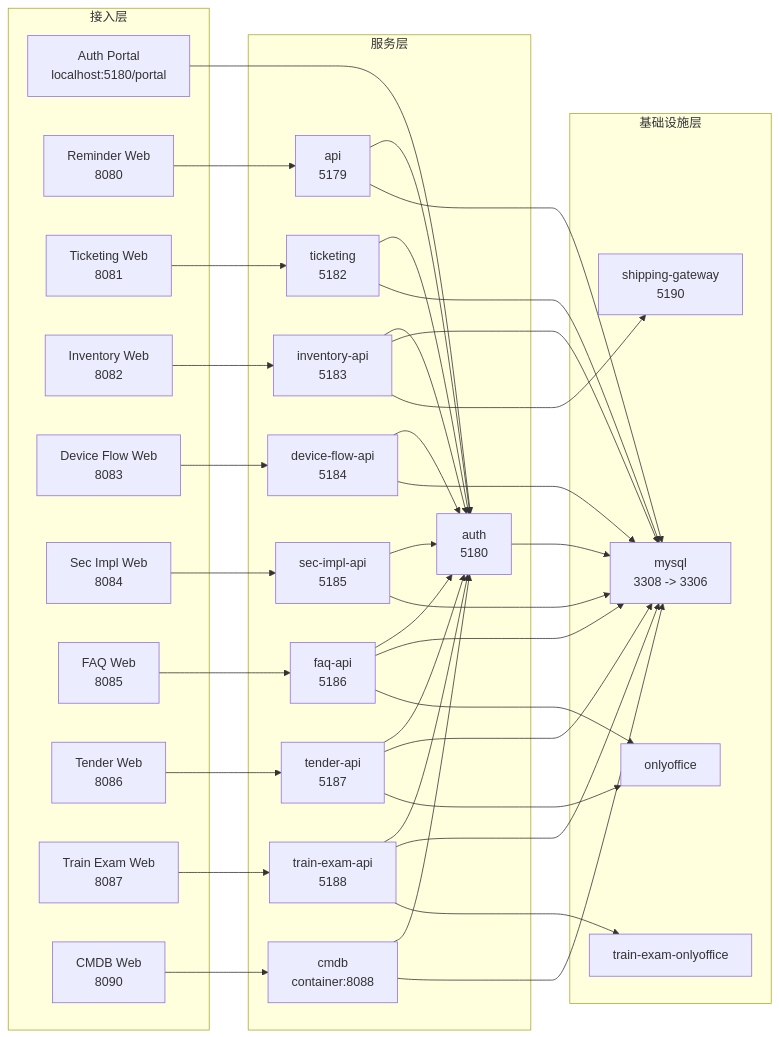
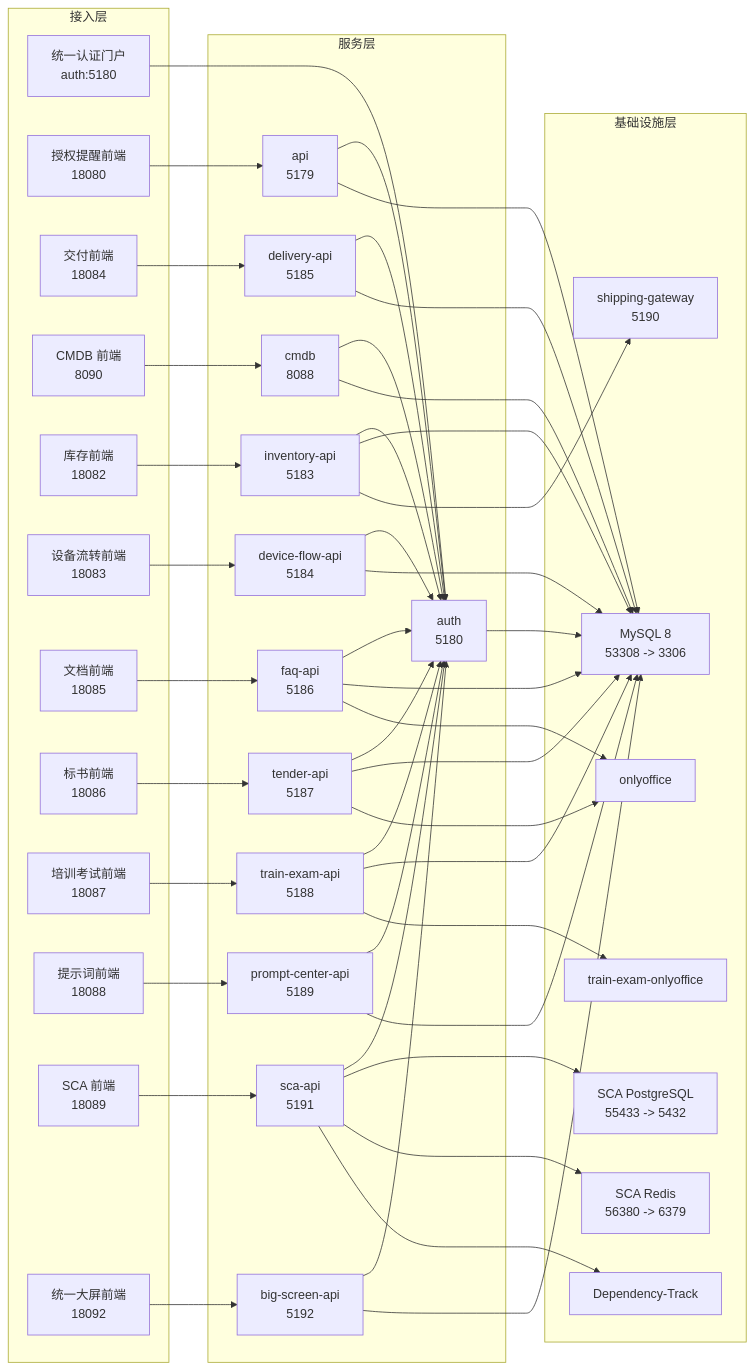
Before and after one commit to sukaka/AuthorizationReminder: the diagram in docs/manuals/system-mysql-topology.md, drawn with Mermaid. The commit also changed other lines of this file and 39 other files, not shown here.

````diff
--- a/docs/manuals/system-mysql-topology.md
+++ b/docs/manuals/system-mysql-topology.md
@@ -17,72 +33,87 @@
 ```mermaid
 flowchart LR
   subgraph Access["接入层"]
-    Portal["Auth Portal<br/>localhost:5180/portal"]
-    Web["Reminder Web<br/>8080"]
-    TicketWeb["Ticketing Web<br/>8081"]
-    InventoryWeb["Inventory Web<br/>8082"]
-    DeviceWeb["Device Flow Web<br/>8083"]
-    SecWeb["Sec Impl Web<br/>8084"]
-    FaqWeb["FAQ Web<br/>8085"]
-    TenderWeb["Tender Web<br/>8086"]
-    TrainWeb["Train Exam Web<br/>8087"]
-    CmdbWeb["CMDB Web<br/>8090"]
+    Portal["统一认证门户<br/>auth:5180"]
+    ReminderWeb["授权提醒前端<br/>18080"]
+    DeliveryWeb["交付前端<br/>18084"]
+    CmdbWeb["CMDB 前端<br/>8090"]
+    InventoryWeb["库存前端<br/>18082"]
+    DeviceWeb["设备流转前端<br/>18083"]
+    FaqWeb["文档前端<br/>18085"]
+    TenderWeb["标书前端<br/>18086"]
+    TrainWeb["培训考试前端<br/>18087"]
+    PromptWeb["提示词前端<br/>18088"]
+    ScaWeb["SCA 前端<br/>18089"]
+    ScreenWeb["统一大屏前端<br/>18092"]
   end
 
   subgraph Service["服务层"]
     Auth["auth<br/>5180"]
     ReminderApi["api<br/>5179"]
-    TicketApi["ticketing<br/>5182"]
+    DeliveryApi["delivery-api<br/>5185"]
+    Cmdb["cmdb<br/>8088"]
     InventoryApi["inventory-api<br/>5183"]
     DeviceApi["device-flow-api<br/>5184"]
-    SecApi["sec-impl-api<br/>5185"]
     FaqApi["faq-api<br/>5186"]
     TenderApi["tender-api<br/>5187"]
     TrainApi["train-exam-api<br/>5188"]
-    Cmdb["cmdb<br/>container:8088"]
+    PromptApi["prompt-center-api<br/>5189"]
+    ScaApi["sca-api<br/>5191"]
+    ScreenApi["big-screen-api<br/>5192"]
   end
 
   subgraph Infra["基础设施层"]
-    Mysql["mysql<br/>3308 -> 3306"]
+    Mysql["MySQL 8<br/>53308 -> 3306"]
+    ScaPostgres["SCA PostgreSQL<br/>55433 -> 5432"]
+    ScaRedis["SCA Redis<br/>56380 -> 6379"]
     OnlyOffice["onlyoffice"]
     TrainOnlyOffice["train-exam-onlyoffice"]
     Shipping["shipping-gateway<br/>5190"]
+    DependencyTrack["Dependency-Track"]
   end
 
   Portal --> Auth
-  Web --> ReminderApi
-  TicketWeb --> TicketApi
+  ReminderWeb --> ReminderApi
+  DeliveryWeb --> DeliveryApi
+  CmdbWeb --> Cmdb
   InventoryWeb --> InventoryApi
   DeviceWeb --> DeviceApi
-  SecWeb --> SecApi
   FaqWeb --> FaqApi
   TenderWeb --> TenderApi
   TrainWeb --> TrainApi
-  CmdbWeb --> Cmdb
+  PromptWeb --> PromptApi
+  ScaWeb --> ScaApi
+  ScreenWeb --> ScreenApi
 
   ReminderApi --> Auth
-  TicketApi --> Auth
+  DeliveryApi --> Auth
+  Cmdb --> Auth
   InventoryApi --> Auth
   DeviceApi --> Auth
-  SecApi --> Auth
   FaqApi --> Auth
   TenderApi --> Auth
   TrainApi --> Auth
-  Cmdb --> Auth
+  PromptApi --> Auth
+  ScaApi --> Auth
+  ScreenApi --> Auth
 
+  Auth --> Mysql
   ReminderApi --> Mysql
-  Auth --> Mysql
-  TicketApi --> Mysql
+  DeliveryApi --> Mysql
+  Cmdb --> Mysql
   InventoryApi --> Mysql
   DeviceApi --> Mysql
-  SecApi --> Mysql
   FaqApi --> Mysql
   TenderApi --> Mysql
   TrainApi --> Mysql
-  Cmdb --> Mysql
+  PromptApi --> Mysql
+  ScreenApi --> Mysql
 
   InventoryApi --> Shipping
   FaqApi --> OnlyOffice
   TenderApi --> OnlyOffice
   TrainApi --> TrainOnlyOffice
+  ScaApi --> ScaPostgres
+  ScaApi --> ScaRedis
+  ScaApi --> DependencyTrack
 ```
````
